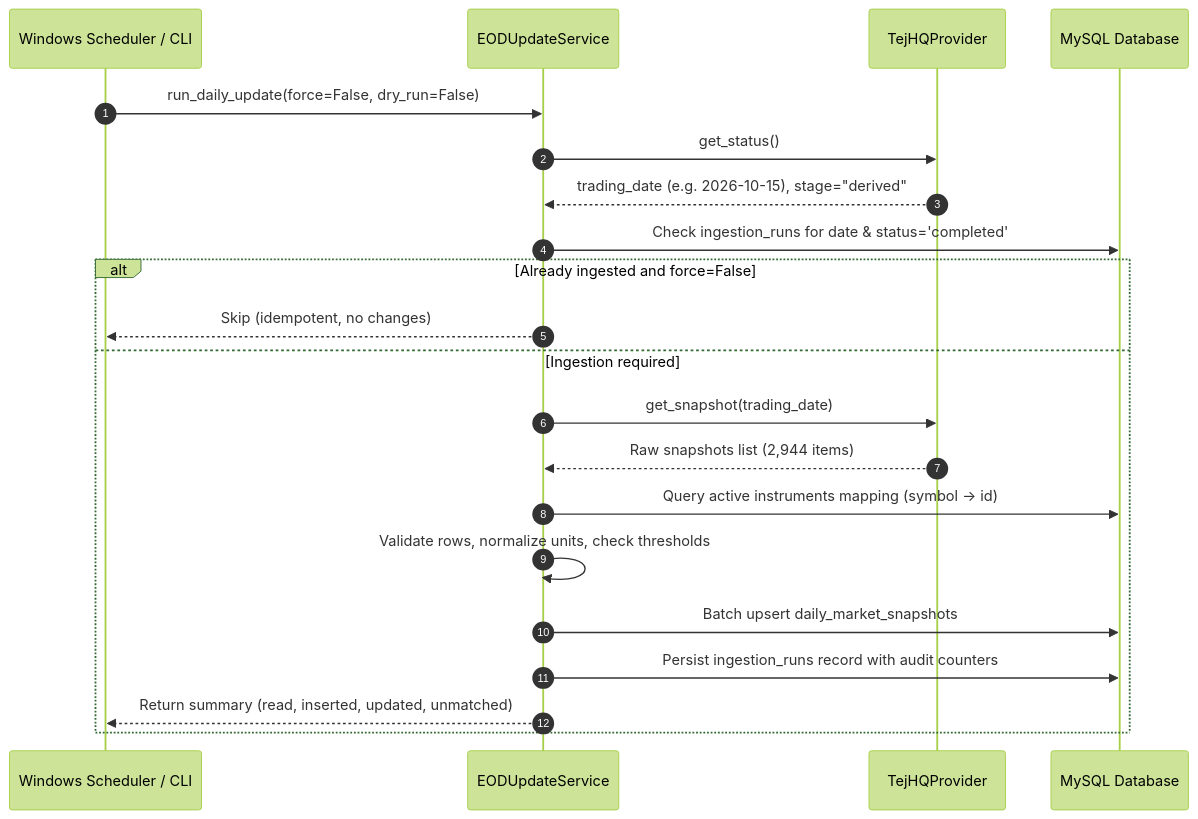
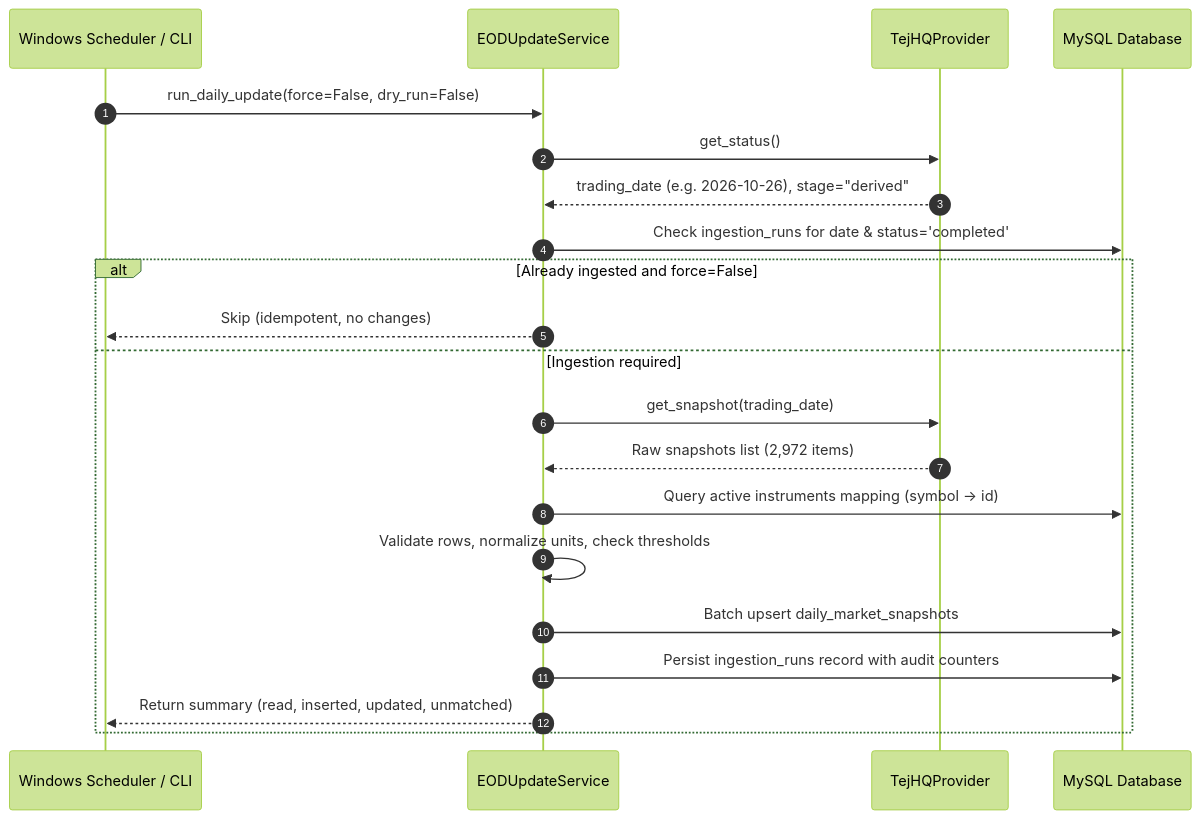
The second of 2 diagrams in README.md (Mourya20/TickerWise), drawn with Mermaid (forest theme) before and after one commit. The commit also changed other lines of this file and 40 other files, not shown here.

````diff
--- a/README.md
+++ b/README.md
@@ -471,24 +547,24 @@
 ```mermaid
 sequenceDiagram
     autonumber
     participant Scheduler as Windows Scheduler / CLI
     participant Service as EODUpdateService
     participant Provider as TejHQProvider
     participant DB as MySQL Database
 
     Scheduler->>Service: run_daily_update(force=False, dry_run=False)
     Service->>Provider: get_status()
-    Provider-->>Service: trading_date (e.g. 2026-10-15), stage="derived"
+    Provider-->>Service: trading_date (e.g. 2026-10-26), stage="derived"
     Service->>DB: Check ingestion_runs for date & status='completed'
     alt Already ingested and force=False
         Service-->>Scheduler: Skip (idempotent, no changes)
     else Ingestion required
         Service->>Provider: get_snapshot(trading_date)
-        Provider-->>Service: Raw snapshots list (2,944 items)
+        Provider-->>Service: Raw snapshots list (2,972 items)
         Service->>DB: Query active instruments mapping (symbol -> id)
         Service->>Service: Validate rows, normalize units, check thresholds
         Service->>DB: Batch upsert daily_market_snapshots
         Service->>DB: Persist ingestion_runs record with audit counters
         Service-->>Scheduler: Return summary (read, inserted, updated, unmatched)
     end
 ```
````
